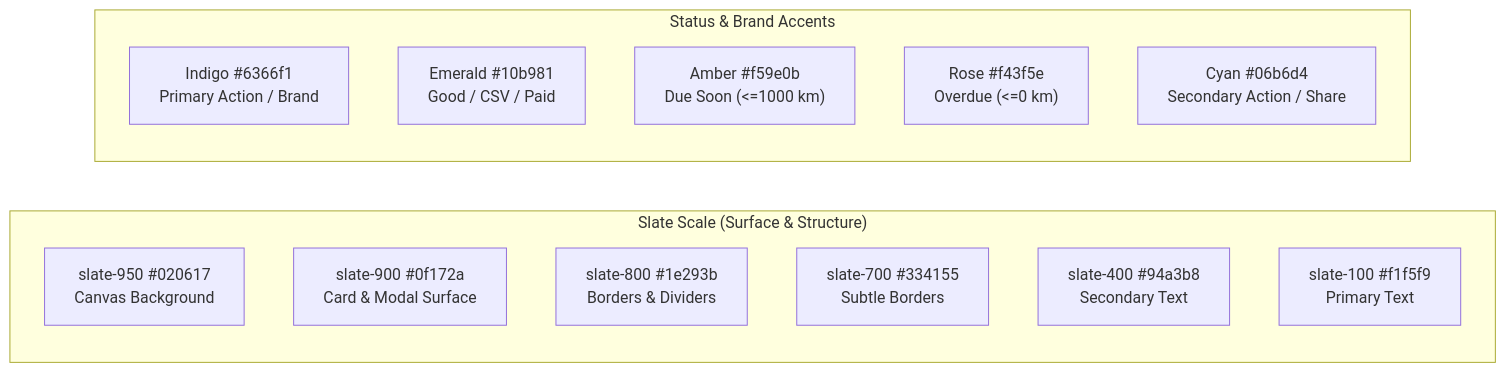
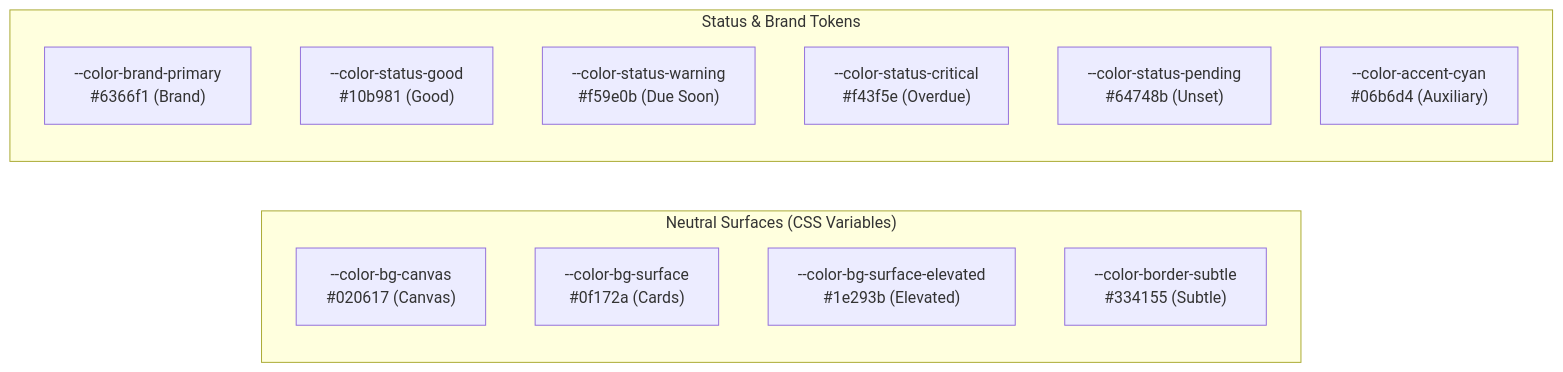
One commit to basseldabbagh/autolog changed the diagram in DESIGN.md. Above: the diagram before and after it, drawn with Mermaid. The commit also changed other lines of this file and 12 other files, not shown here.

Commit message:
refactor: add vehicle template JSON files and configure design system CSS variables in index.html

````diff
--- a/DESIGN.md
+++ b/DESIGN.md
@@ -24,18 +78,17 @@
 ```mermaid
 flowchart LR
-    subgraph Neutral ["Slate Scale (Surface & Structure)"]
-        S950["slate-950 #020617<br/>Canvas Background"]
-        S900["slate-900 #0f172a<br/>Card & Modal Surface"]
-        S800["slate-800 #1e293b<br/>Borders & Dividers"]
-        S700["slate-700 #334155<br/>Subtle Borders"]
-        S400["slate-400 #94a3b8<br/>Secondary Text"]
-        S100["slate-100 #f1f5f9<br/>Primary Text"]
+    subgraph Neutral ["Neutral Surfaces (CSS Variables)"]
+        S950["--color-bg-canvas<br/>#020617 (Canvas)"]
+        S900["--color-bg-surface<br/>#0f172a (Cards)"]
+        S800["--color-bg-surface-elevated<br/>#1e293b (Elevated)"]
+        S700["--color-border-subtle<br/>#334155 (Subtle)"]
     end
-    subgraph Accents ["Status & Brand Accents"]
-        IND["Indigo #6366f1<br/>Primary Action / Brand"]
-        EME["Emerald #10b981<br/>Good / CSV / Paid"]
-        AMB["Amber #f59e0b<br/>Due Soon (<=1000 km)"]
-        ROS["Rose #f43f5e<br/>Overdue (<=0 km)"]
-        CYN["Cyan #06b6d4<br/>Secondary Action / Share"]
+    subgraph Accents ["Status & Brand Tokens"]
+        IND["--color-brand-primary<br/>#6366f1 (Brand)"]
+        EME["--color-status-good<br/>#10b981 (Good)"]
+        AMB["--color-status-warning<br/>#f59e0b (Due Soon)"]
+        ROS["--color-status-critical<br/>#f43f5e (Overdue)"]
+        PEN["--color-status-pending<br/>#64748b (Unset)"]
+        CYN["--color-accent-cyan<br/>#06b6d4 (Auxiliary)"]
     end
 ```
````
